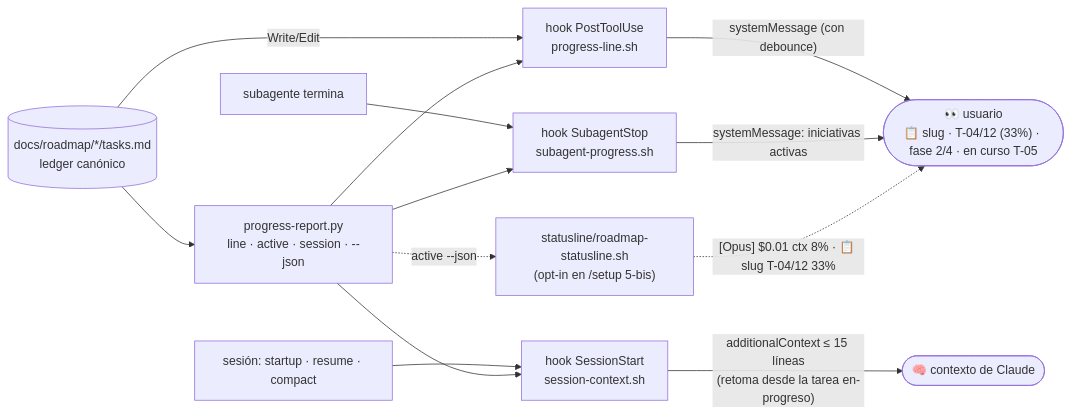
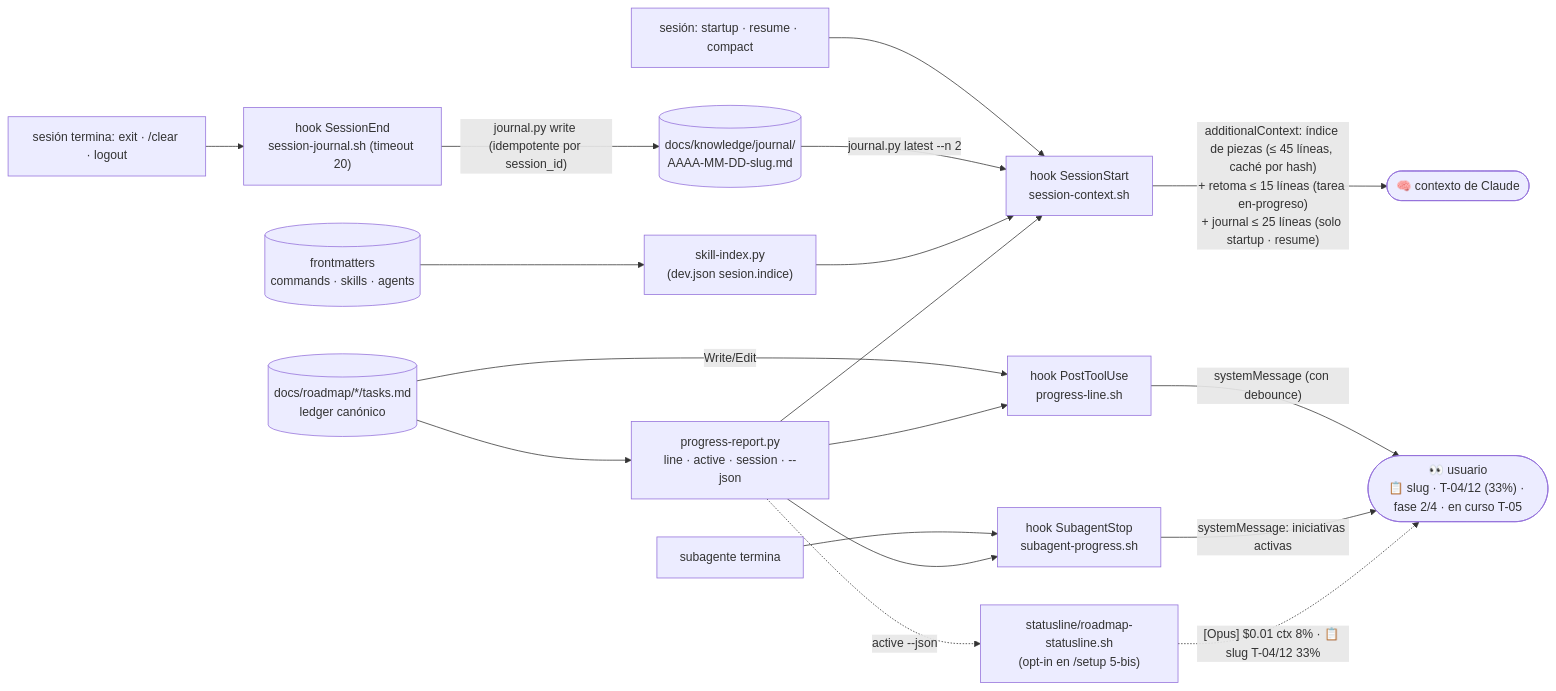
The tenth of 12 diagrams in docs/FLOWS.md (daycry/custom-agents), drawn with Mermaid before and after one commit. The commit also changed other lines of this file and 215 other files, not shown here.

````diff
--- a/docs/FLOWS.md
+++ b/docs/FLOWS.md
@@ -225,13 +282,18 @@
 ```mermaid
 flowchart LR
     L[("docs/roadmap/*/tasks.md<br/>ledger canónico")] -->|Write/Edit| H1["hook PostToolUse<br/>progress-line.sh"]
     H1 -->|"systemMessage (con debounce)"| U(["👀 usuario<br/>📋 slug · T-04/12 (33%) · fase 2/4 · en curso T-05"])
     SA["subagente termina"] --> H2["hook SubagentStop<br/>subagent-progress.sh"]
     H2 -->|"systemMessage: iniciativas activas"| U
     SS["sesión: startup · resume · compact"] --> H3["hook SessionStart<br/>session-context.sh"]
-    H3 -->|"additionalContext ≤ 15 líneas<br/>(retoma desde la tarea en-progreso)"| C(["🧠 contexto de Claude"])
+    H3 -->|"additionalContext: índice de piezas (≤ 45 líneas, caché por hash)<br/>+ retoma ≤ 15 líneas (tarea en-progreso)<br/>+ journal ≤ 25 líneas (solo startup · resume)"| C(["🧠 contexto de Claude"])
+    SE["sesión termina: exit · /clear · logout"] --> H4["hook SessionEnd<br/>session-journal.sh (timeout 20)"]
+    H4 -->|"journal.py write (idempotente por session_id)"| J[("docs/knowledge/journal/<br/>AAAA-MM-DD-slug.md")]
+    J -->|"journal.py latest --n 2"| H3
+    FM[("frontmatters<br/>commands · skills · agents")] --> SI["skill-index.py<br/>(dev.json sesion.indice)"]
+    SI --> H3
     L --> P["progress-report.py<br/>line · active · session · --json"]
     P --> H1 & H2 & H3
     P -.->|"active --json"| SL["statusline/roadmap-statusline.sh<br/>(opt-in en /setup 5-bis)"]
     SL -.->|"[Opus] $0.01 ctx 8% · 📋 slug T-04/12 33%"| U
 ```
````
